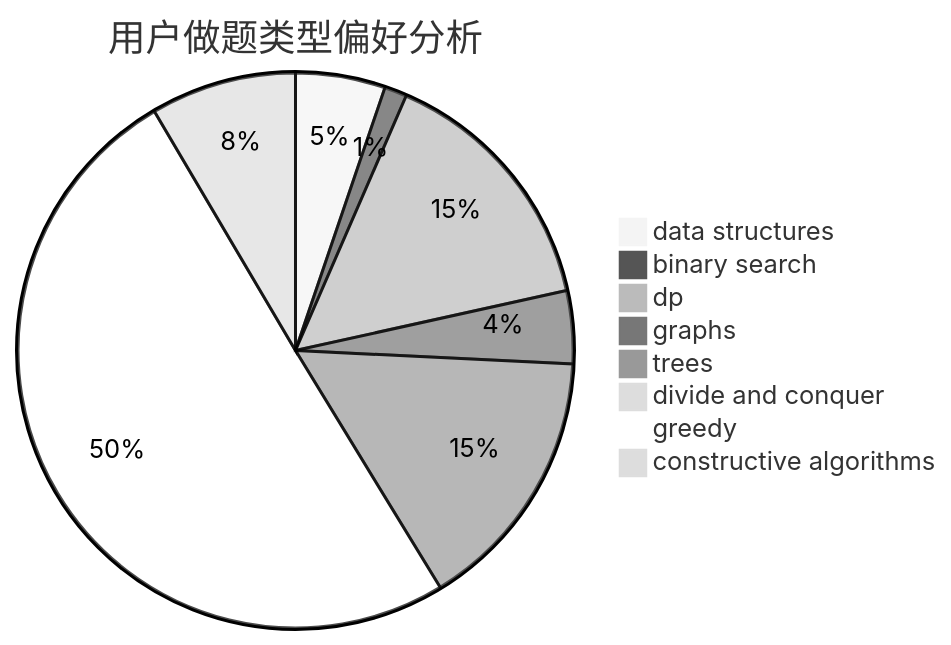
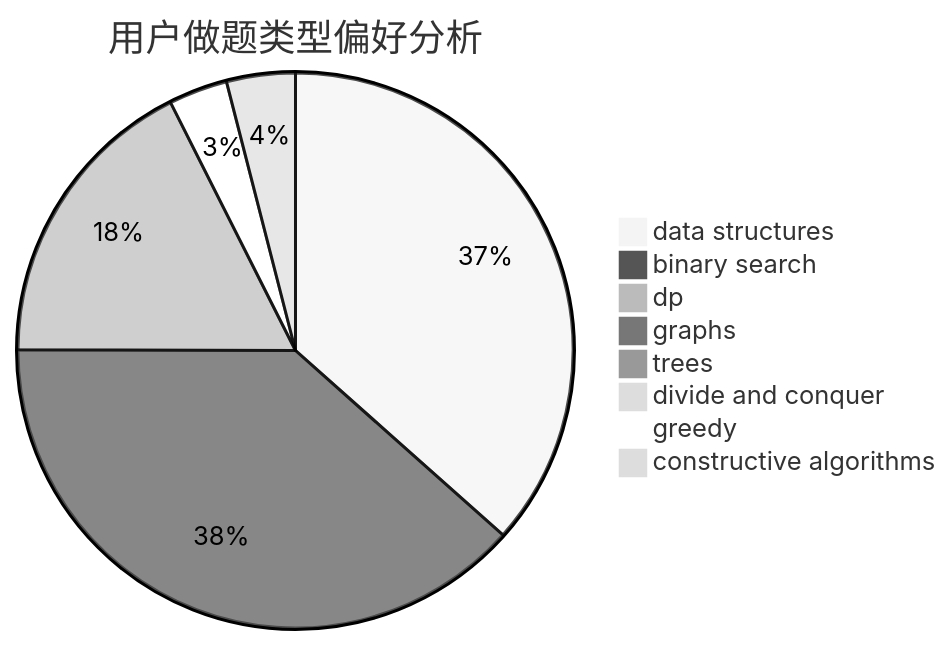
The second of 3 diagrams in docs/user/u1362.md (sherpahu/cfrs.github.io), drawn with Mermaid (neutral theme) before and after one commit. The commit also changed other lines of this file and 2770 other files, not shown here.

````diff
--- a/docs/user/u1362.md
+++ b/docs/user/u1362.md
@@ -23,11 +23,11 @@
 ```mermaid
 pie title 用户做题类型偏好分析
-    "data structures" :  32
-    "binary search" :  8
+    "data structures" :  192
+    "binary search" :  202
     "dp" :  92
-    "graphs" :  26
-    "trees" :  95
-    "divide and conquer" :  3
-    "greedy" :  308
-    "constructive algorithms" :  52
+    "graphs" :  0
+    "trees" :  0
+    "divide and conquer" :  0
+    "greedy" :  18
+    "constructive algorithms" :  21
 ```
````
